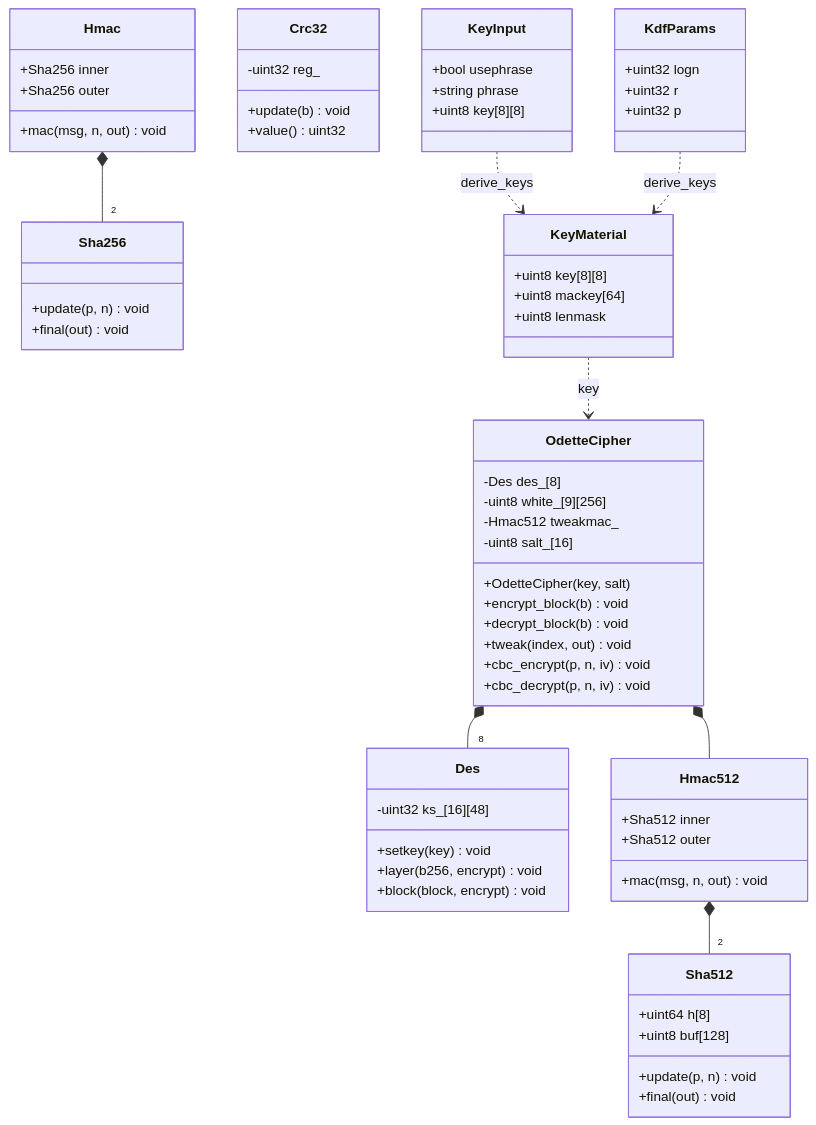
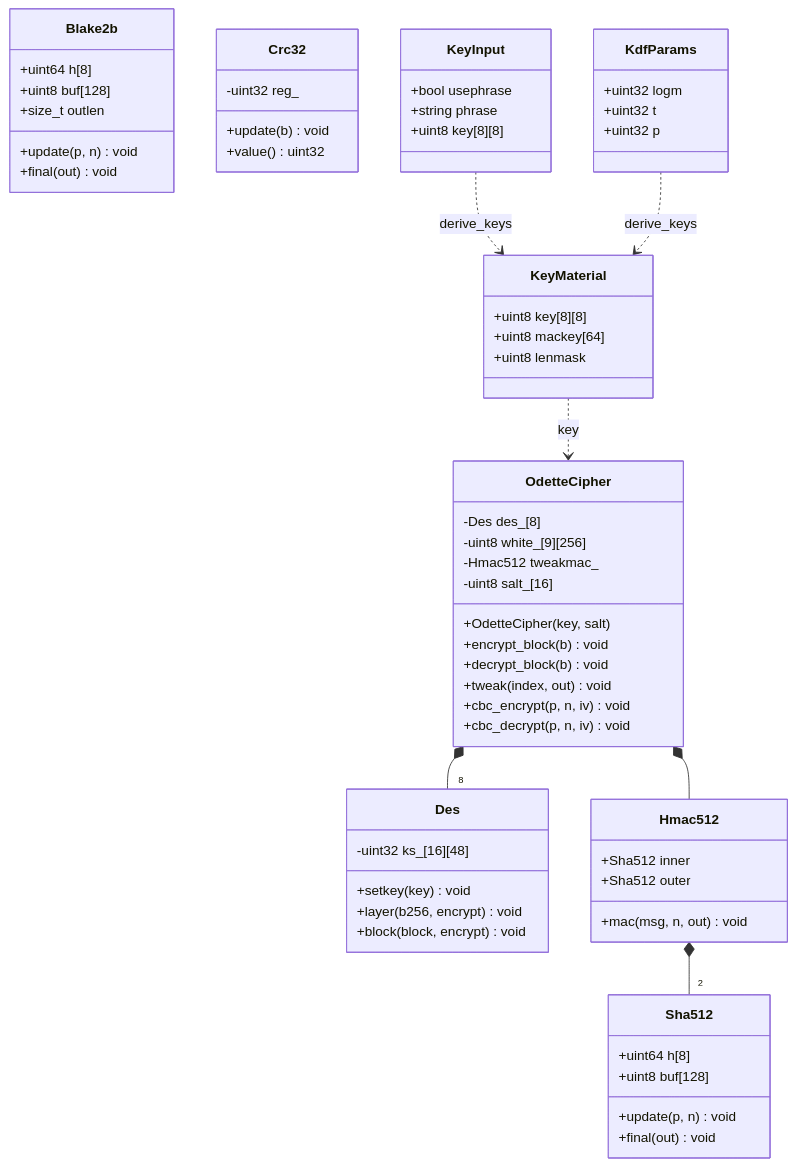
One commit to avw1ein/sillydes changed the second of 10 diagrams in STRUCTURE.md. Above: the diagram before and after it, drawn with Mermaid. The commit also changed other lines of this file and 20 other files, not shown here.

````diff
--- a/STRUCTURE.md
+++ b/STRUCTURE.md
@@ -79,69 +79,66 @@
 ```mermaid
 classDiagram
     class OdetteCipher {
         -Des des_[8]
         -uint8 white_[9][256]
         -Hmac512 tweakmac_
         -uint8 salt_[16]
         +OdetteCipher(key, salt)
         +encrypt_block(b) void
         +decrypt_block(b) void
         +tweak(index, out) void
         +cbc_encrypt(p, n, iv) void
         +cbc_decrypt(p, n, iv) void
     }
     class Des {
         -uint32 ks_[16][48]
         +setkey(key) void
         +layer(b256, encrypt) void
         +block(block, encrypt) void
     }
     class Sha512 {
         +uint64 h[8]
         +uint8 buf[128]
         +update(p, n) void
         +final(out) void
     }
     class Hmac512 {
         +Sha512 inner
         +Sha512 outer
         +mac(msg, n, out) void
     }
-    class Sha256 {
+    class Blake2b {
+        +uint64 h[8]
+        +uint8 buf[128]
+        +size_t outlen
         +update(p, n) void
         +final(out) void
-    }
-    class Hmac {
-        +Sha256 inner
-        +Sha256 outer
-        +mac(msg, n, out) void
     }
     class Crc32 {
         -uint32 reg_
         +update(b) void
         +value() uint32
     }
     class KeyInput {
         +bool usephrase
         +string phrase
         +uint8 key[8][8]
     }
     class KeyMaterial {
         +uint8 key[8][8]
         +uint8 mackey[64]
         +uint8 lenmask
     }
     class KdfParams {
-        +uint32 logn
-        +uint32 r
+        +uint32 logm
+        +uint32 t
         +uint32 p
     }
 
     OdetteCipher *-- "8" Des
     OdetteCipher *-- Hmac512
     Hmac512 *-- "2" Sha512
-    Hmac *-- "2" Sha256
     KeyInput ..> KeyMaterial : derive_keys
     KdfParams ..> KeyMaterial : derive_keys
     KeyMaterial ..> OdetteCipher : key
 ```
````
